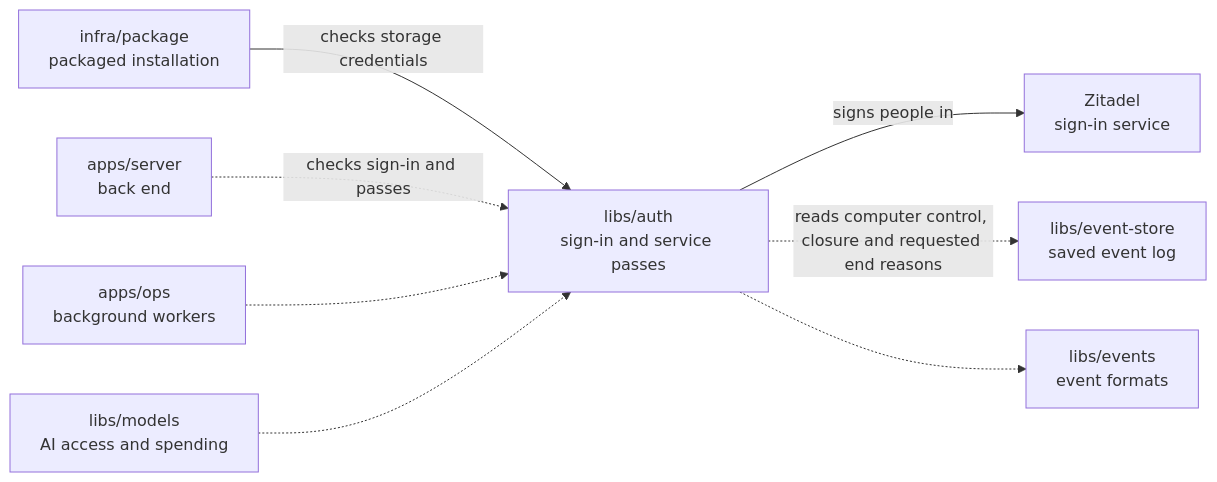
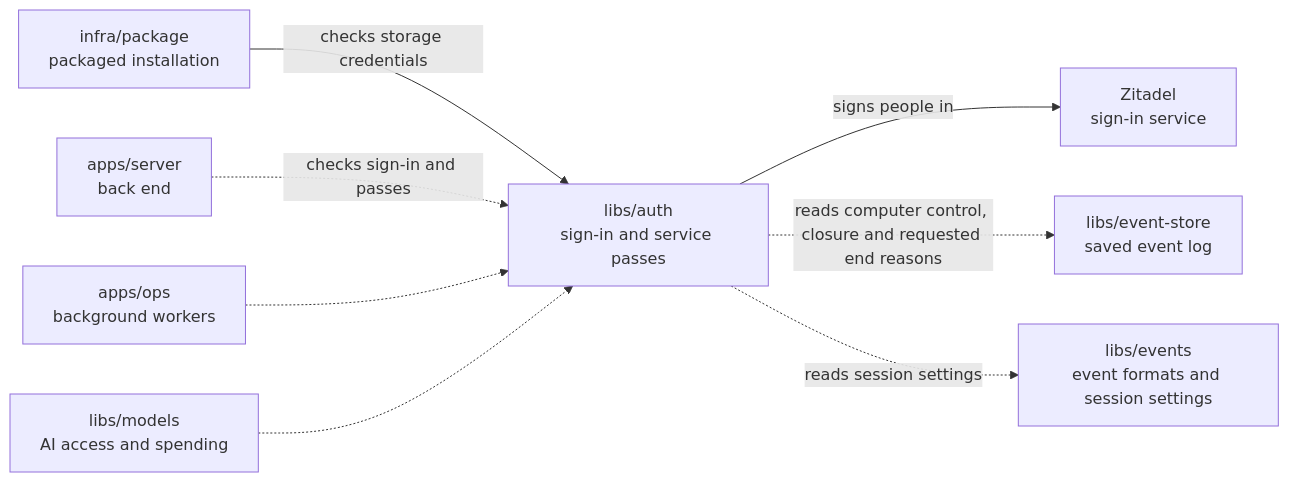
Before and after one commit to elewa-git/opencrane-new: the diagram in libs/auth/README.md, drawn with Mermaid. The commit also changed other lines of this file and 24 other files, not shown here.

````diff
--- a/libs/auth/README.md
+++ b/libs/auth/README.md
@@ -21,10 +22,10 @@
 ```mermaid
 flowchart LR
   package["infra/package<br/>packaged installation"] -->|checks storage credentials| auth["libs/auth<br/>sign-in and service passes"]
   server["apps/server<br/>back end"] -.->|checks sign-in and passes| auth
   ops["apps/ops<br/>background workers"] -.-> auth
   models["libs/models<br/>AI access and spending"] -.-> auth
   auth -->|signs people in| zitadel["Zitadel<br/>sign-in service"]
   auth -.->|reads computer control, closure and requested end reasons| store["libs/event-store<br/>saved event log"]
-  auth -.-> events["libs/events<br/>event formats"]
+  auth -.->|reads session settings| events["libs/events<br/>event formats and session settings"]
 ```
````
